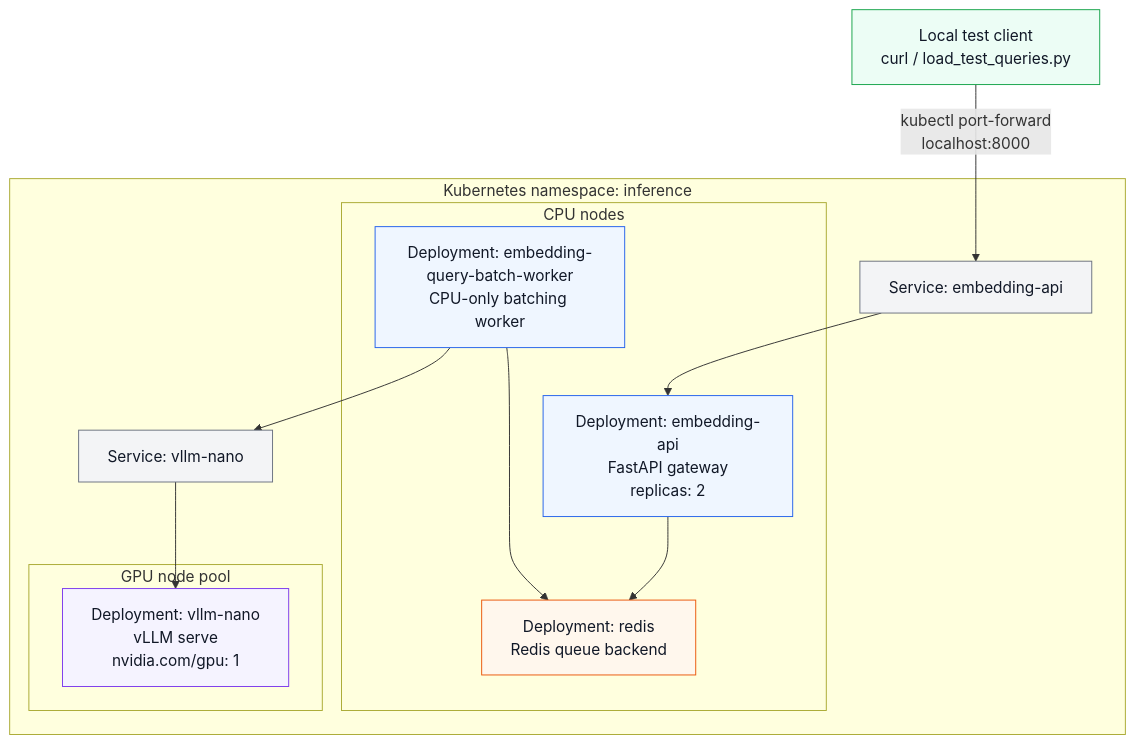
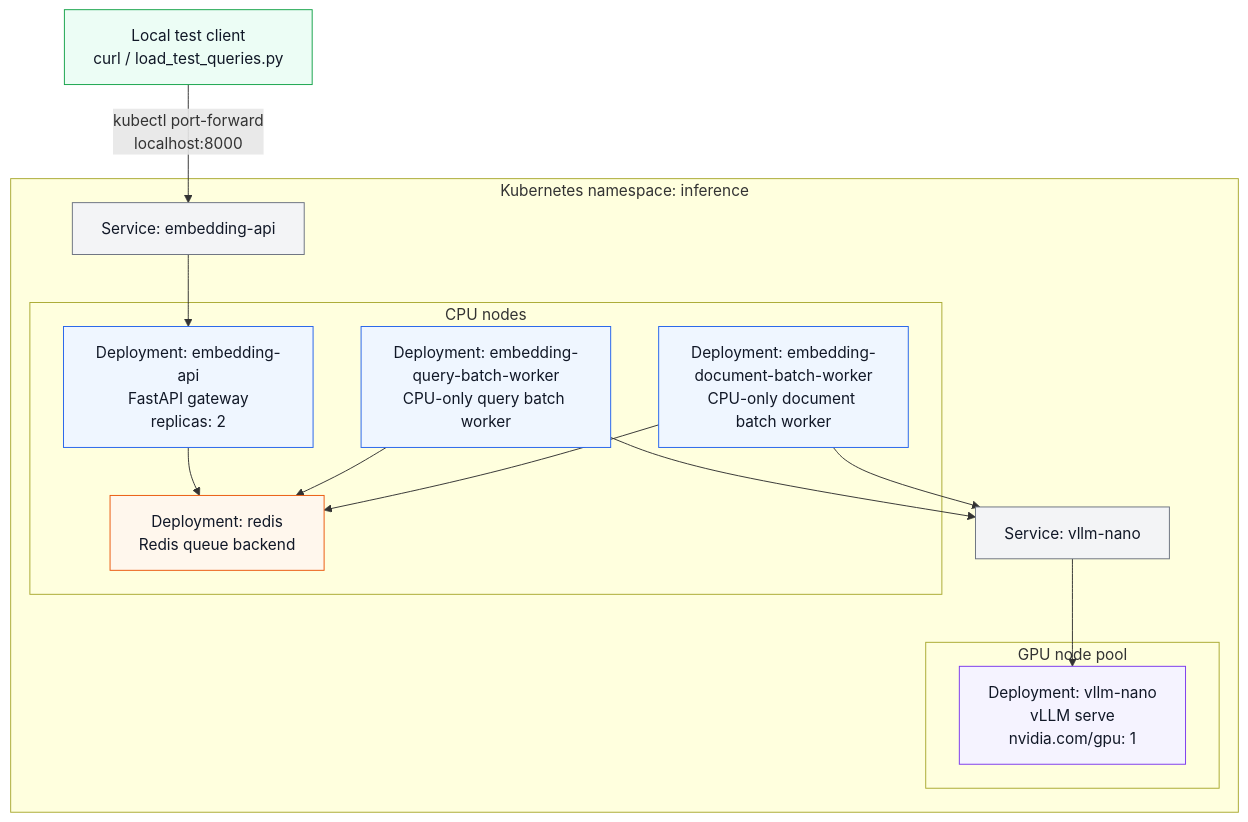
The third of 3 diagrams in README.md (yuanbenson/voyageAI-embedding-replica), drawn with Mermaid before and after one commit. The commit also changed other lines of this file and 15 other files, not shown here.

````diff
--- a/README.md
+++ b/README.md
@@ -142,34 +146,37 @@
 ```mermaid
 flowchart TB
     subgraph ns["Kubernetes namespace: inference"]
         subgraph cpu["CPU nodes"]
             api["Deployment: embedding-api<br/>FastAPI gateway<br/>replicas: 2"]
             redis["Deployment: redis<br/>Redis queue backend"]
-            batch["Deployment: embedding-query-batch-worker<br/>CPU-only batching worker"]
+            queryBatch["Deployment: embedding-query-batch-worker<br/>CPU-only query batch worker"]
+            documentBatch["Deployment: embedding-document-batch-worker<br/>CPU-only document batch worker"]
         end
 
         subgraph gpu["GPU node pool"]
             vllm["Deployment: vllm-nano<br/>vLLM serve<br/>nvidia.com/gpu: 1"]
         end
 
         svcApi["Service: embedding-api"] --> api
         api --> redis
-        batch --> redis
-        batch --> svcVllm["Service: vllm-nano"]
+        queryBatch --> redis
+        documentBatch --> redis
+        queryBatch --> svcVllm["Service: vllm-nano"]
+        documentBatch --> svcVllm
         svcVllm --> vllm
     end
 
     user["Local test client<br/>curl / load_test_queries.py"] -->|"kubectl port-forward<br/>localhost:8000"| svcApi
 
     classDef cpu fill:#eff6ff,stroke:#2563eb,stroke-width:1px,color:#111827;
     classDef redis fill:#fff7ed,stroke:#ea580c,stroke-width:1px,color:#111827;
     classDef gpu fill:#f5f3ff,stroke:#7c3aed,stroke-width:1px,color:#111827;
     classDef service fill:#f3f4f6,stroke:#6b7280,stroke-width:1px,color:#111827;
     classDef client fill:#ecfdf5,stroke:#16a34a,stroke-width:1px,color:#111827;
 
-    class api,batch cpu;
+    class api,queryBatch,documentBatch cpu;
     class redis redis;
     class vllm gpu;
     class svcApi,svcVllm service;
     class user client;
 ```
````
